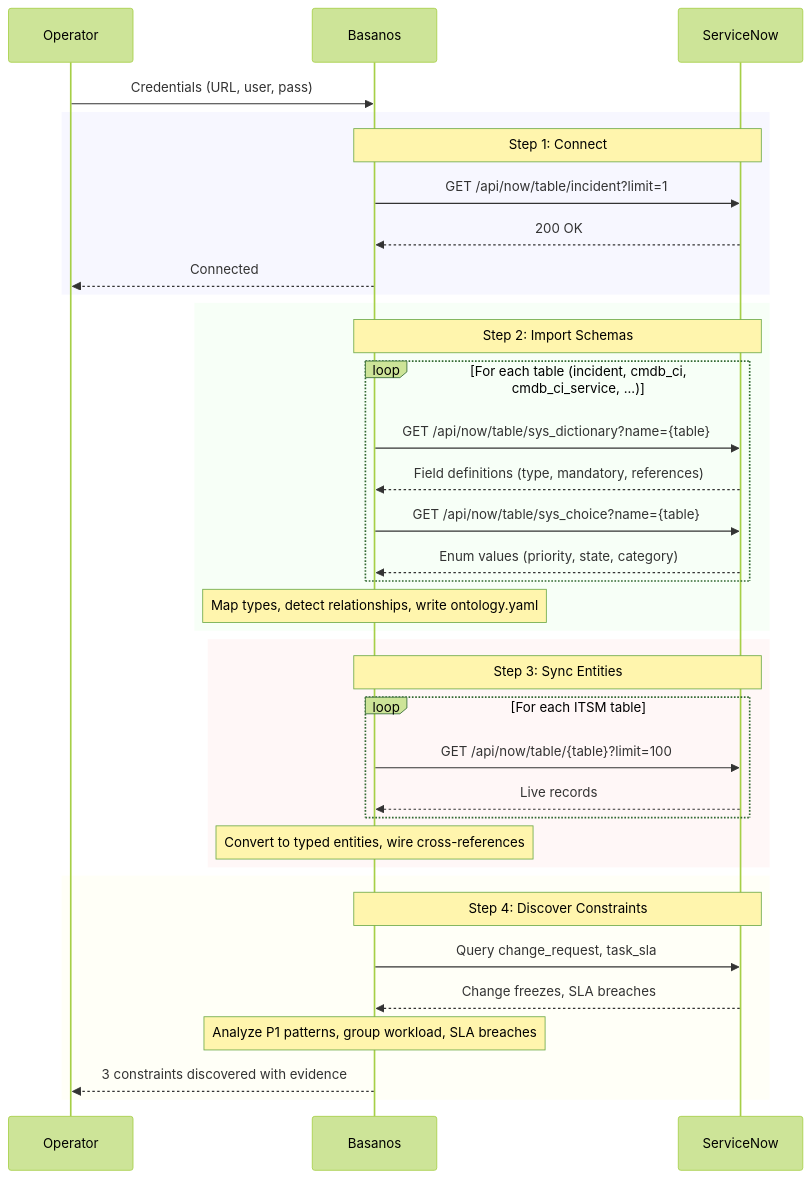
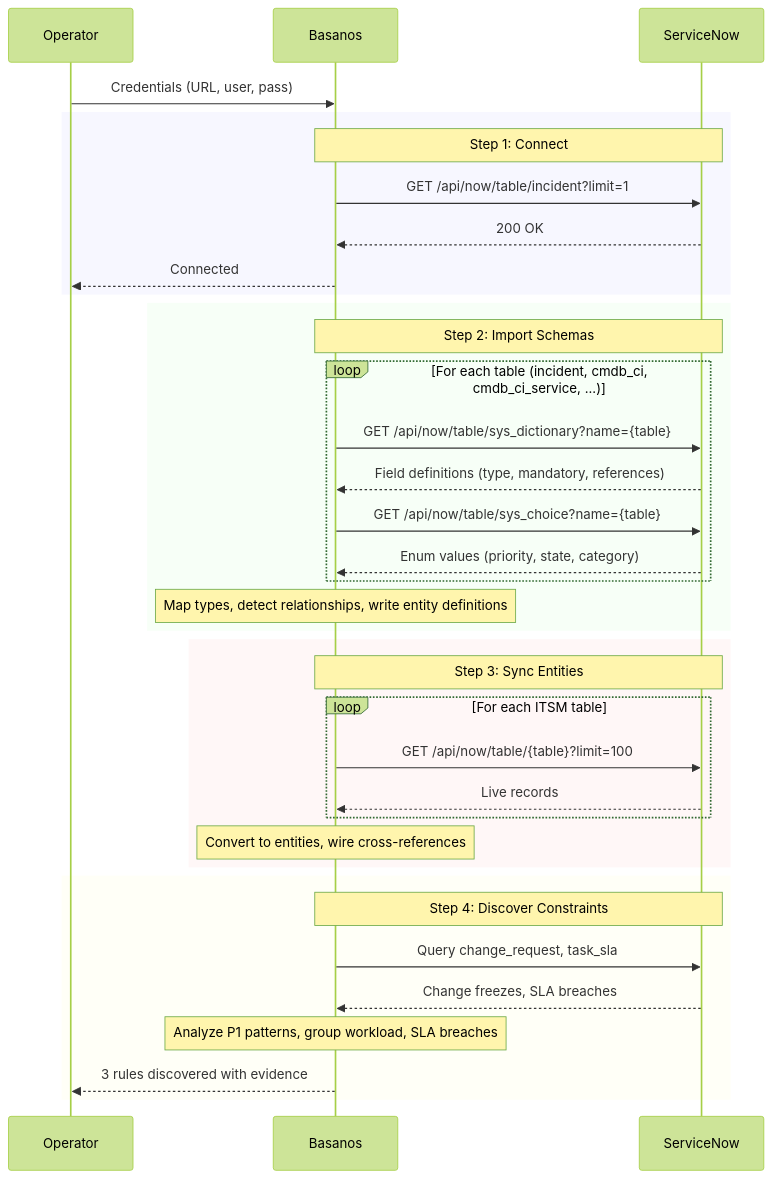
Before and after one commit to leojacinto/project-basanos: the third of 5 diagrams in README.md, drawn with Mermaid (forest theme). The commit also changed other lines of this file and 3 other files, not shown here.

````diff
--- a/README.md
+++ b/README.md
@@ -117,43 +102,43 @@
 ```mermaid
 sequenceDiagram
     participant Operator
     participant Basanos
     participant ServiceNow
 
     Operator->>Basanos: Credentials (URL, user, pass)
 
     rect rgba(200, 200, 255, 0.15)
     Note over Basanos,ServiceNow: Step 1: Connect
     Basanos->>ServiceNow: GET /api/now/table/incident?limit=1
     ServiceNow-->>Basanos: 200 OK
     Basanos-->>Operator: Connected
     end
 
     rect rgba(200, 255, 200, 0.15)
     Note over Basanos,ServiceNow: Step 2: Import Schemas
     loop For each table (incident, cmdb_ci, cmdb_ci_service, ...)
         Basanos->>ServiceNow: GET /api/now/table/sys_dictionary?name={table}
         ServiceNow-->>Basanos: Field definitions (type, mandatory, references)
         Basanos->>ServiceNow: GET /api/now/table/sys_choice?name={table}
         ServiceNow-->>Basanos: Enum values (priority, state, category)
     end
-    Note over Basanos: Map types, detect relationships, write ontology.yaml
+    Note over Basanos: Map types, detect relationships, write entity definitions
     end
 
     rect rgba(255, 200, 200, 0.15)
     Note over Basanos,ServiceNow: Step 3: Sync Entities
     loop For each ITSM table
         Basanos->>ServiceNow: GET /api/now/table/{table}?limit=100
         ServiceNow-->>Basanos: Live records
     end
-    Note over Basanos: Convert to typed entities, wire cross-references
+    Note over Basanos: Convert to entities, wire cross-references
     end
 
     rect rgba(255, 255, 200, 0.15)
     Note over Basanos,ServiceNow: Step 4: Discover Constraints
     Basanos->>ServiceNow: Query change_request, task_sla
     ServiceNow-->>Basanos: Change freezes, SLA breaches
     Note over Basanos: Analyze P1 patterns, group workload, SLA breaches
-    Basanos-->>Operator: 3 constraints discovered with evidence
+    Basanos-->>Operator: 3 rules discovered with evidence
     end
 ```
````
